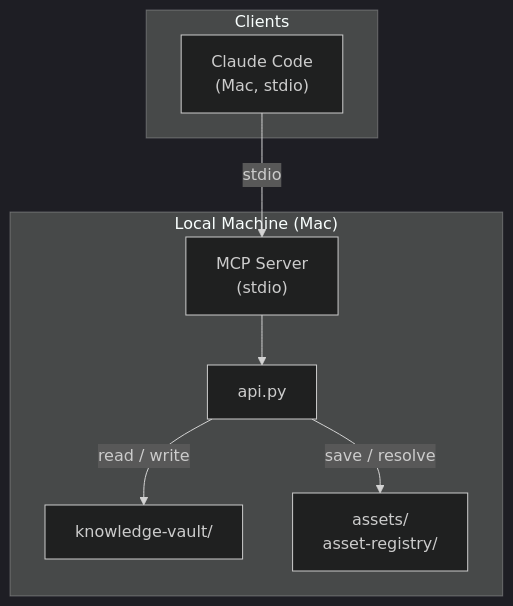
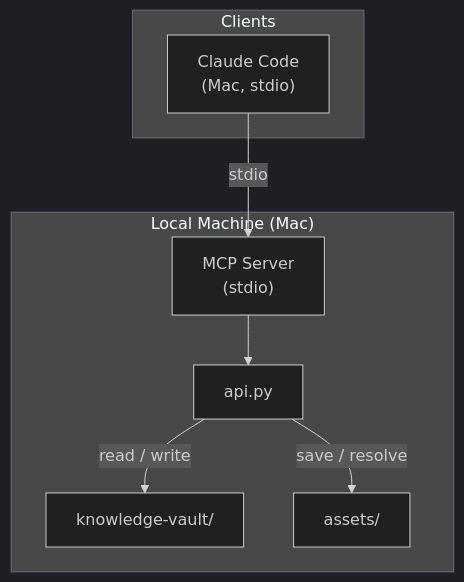
The diagram in docs/diagrams.md (gked/loci), drawn with Mermaid (dark theme) before and after one commit. The commit also changed 8 other files, not shown here.

````diff
--- a/docs/diagrams.md
+++ b/docs/diagrams.md
@@ -7,18 +7,18 @@
 ```mermaid
 flowchart TD
     subgraph Clients
         CC["Claude Code\n(Mac, stdio)"]
     end
 
     subgraph Local["Local Machine (Mac)"]
         MCP_L["MCP Server\n(stdio)"]
         API_L["api.py"]
         V_L["knowledge-vault/"]
-        A_L["assets/\nasset-registry/"]
+        A_L["assets/"]
     end
 
     CC -->|"stdio"| MCP_L
     MCP_L --> API_L
     API_L -->|"read / write"| V_L
     API_L -->|"save / resolve"| A_L
 ```
````
